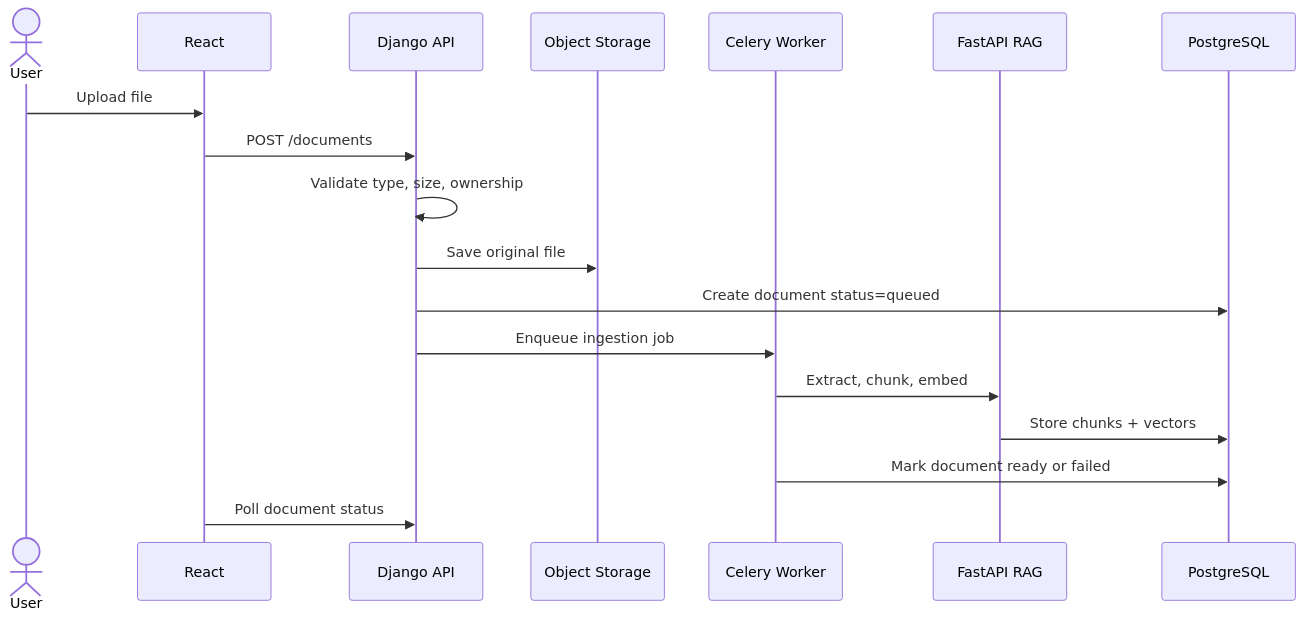
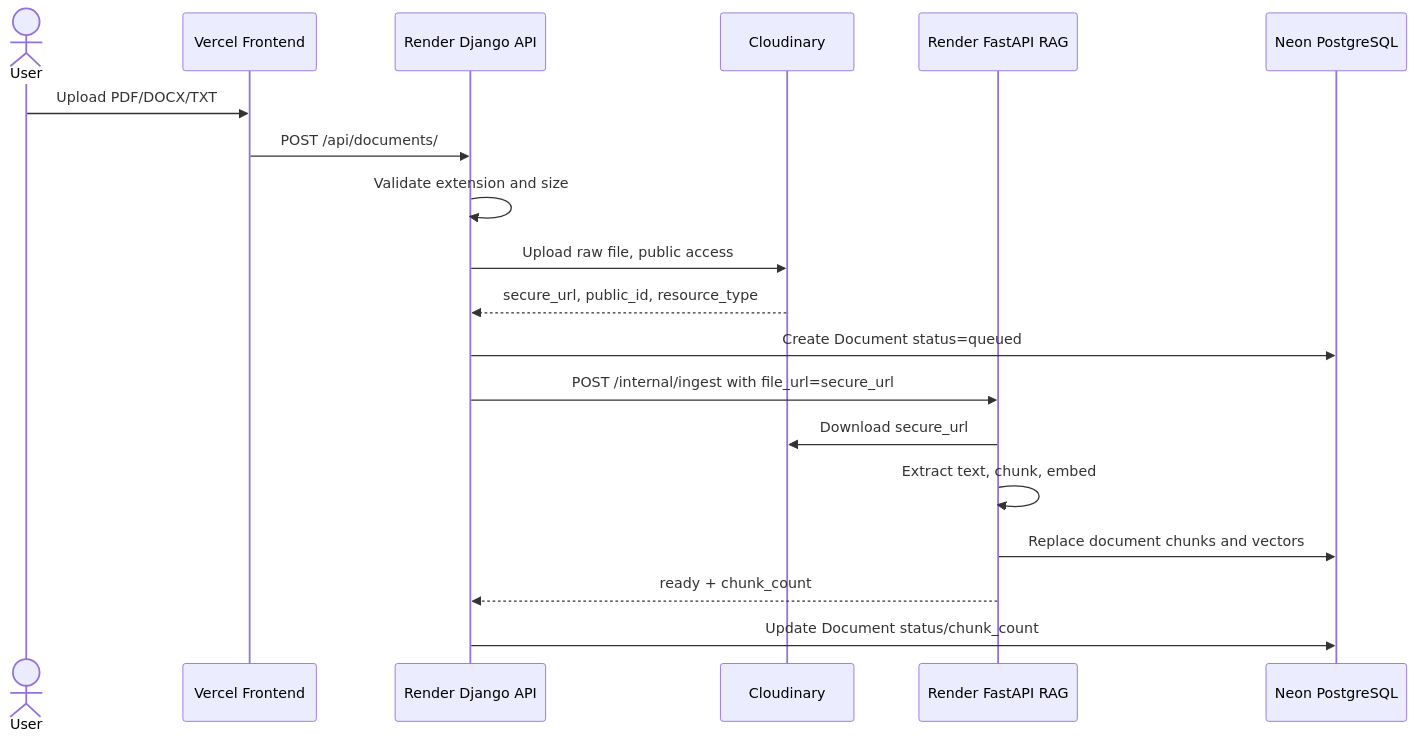
One commit to Anos714/Assignment changed the second of 7 diagrams in docs/ARCHITECTURE.md. Above: the diagram before and after it, drawn with Mermaid. The commit also changed other lines of this file and 3 other files, not shown here.

Commit message:
feat: enhance DocuMind AI documentation and architecture to reflect updated deployment stack and ingestion process

````diff
--- a/docs/ARCHITECTURE.md
+++ b/docs/ARCHITECTURE.md
@@ -41,21 +37,22 @@
 ```mermaid
 sequenceDiagram
     actor User
-    participant FE as React
-    participant API as Django API
-    participant Store as Object Storage
-    participant W as Celery Worker
-    participant RAG as FastAPI RAG
-    participant DB as PostgreSQL
+    participant FE as Vercel Frontend
+    participant API as Render Django API
+    participant C as Cloudinary
+    participant RAG as Render FastAPI RAG
+    participant DB as Neon PostgreSQL
 
-    User->>FE: Upload file
-    FE->>API: POST /documents
-    API->>API: Validate type, size, ownership
-    API->>Store: Save original file
-    API->>DB: Create document status=queued
-    API->>W: Enqueue ingestion job
-    W->>RAG: Extract, chunk, embed
-    RAG->>DB: Store chunks + vectors
-    W->>DB: Mark document ready or failed
-    FE->>API: Poll document status
+    User->>FE: Upload PDF/DOCX/TXT
+    FE->>API: POST /api/documents/
+    API->>API: Validate extension and size
+    API->>C: Upload raw file, public access
+    C-->>API: secure_url, public_id, resource_type
+    API->>DB: Create Document status=queued
+    API->>RAG: POST /internal/ingest with file_url=secure_url
+    RAG->>C: Download secure_url
+    RAG->>RAG: Extract text, chunk, embed
+    RAG->>DB: Replace document chunks and vectors
+    RAG-->>API: ready + chunk_count
+    API->>DB: Update Document status/chunk_count
 ```
````
